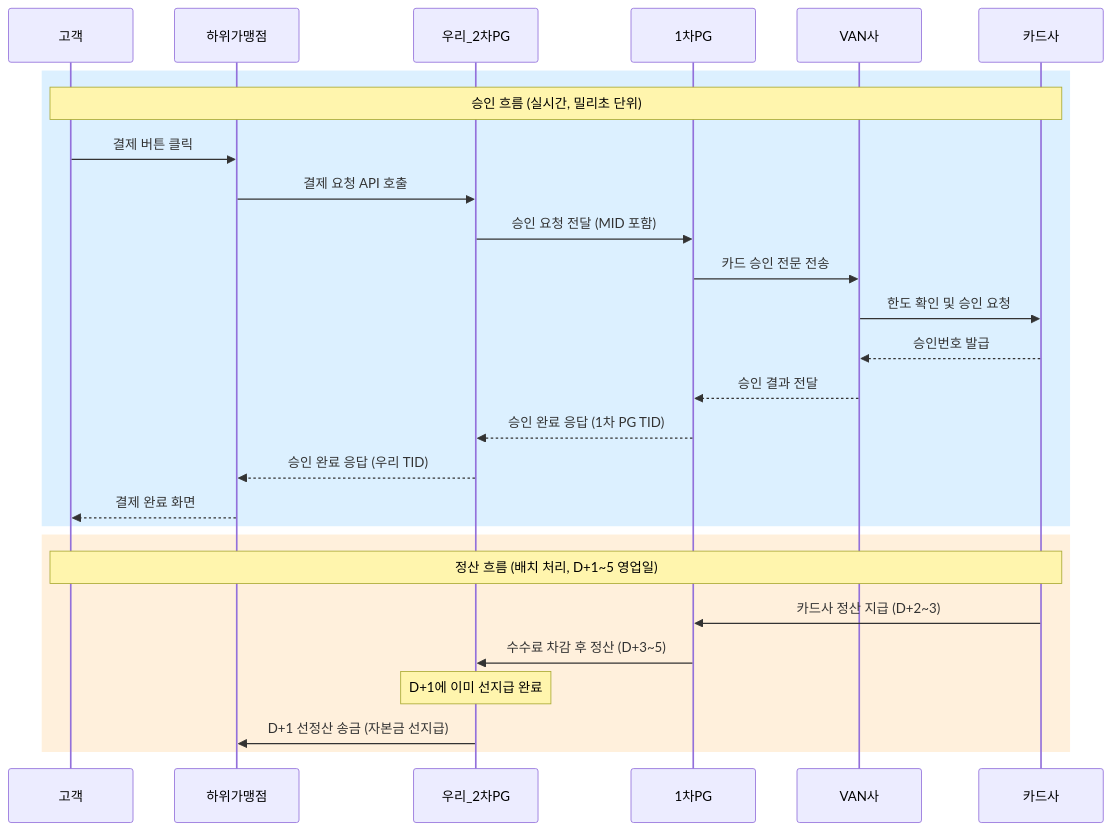
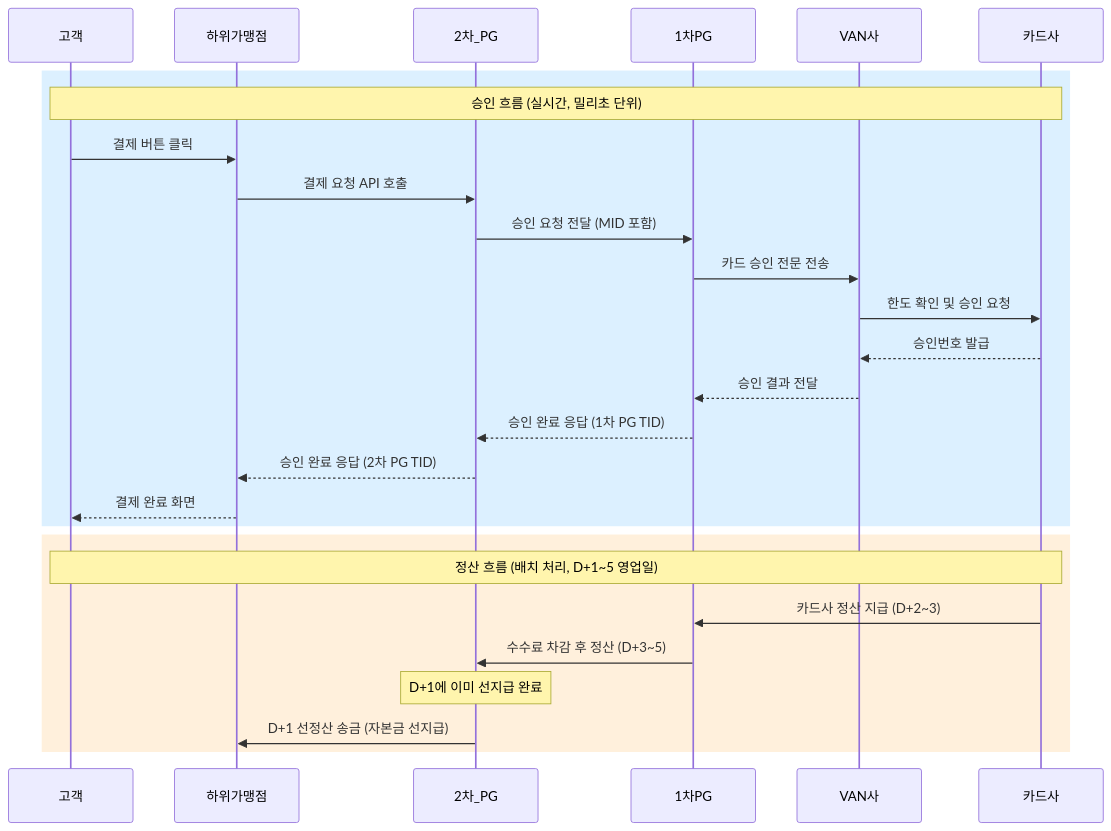
One commit to sweetpark/sweetpark.github.io changed the second of 25 diagrams in content/AI 도구/PG 교육자료/[AI] 2차 PG 백엔드 개발자 교육 문서 - 핵심 개념 및 특징 정리.md. Above: the diagram before and after it, drawn with Mermaid. The commit also changed other lines of this file and 40 other files, not shown here.

````diff
--- a/content/AI 도구/PG 교육자료/[AI] 2차 PG 백엔드 개발자 교육 문서 - 핵심 개념 및 특징 정리.md
+++ b/content/AI 도구/PG 교육자료/[AI] 2차 PG 백엔드 개발자 교육 문서 - 핵심 개념 및 특징 정리.md
@@ -128,31 +128,31 @@
 ```mermaid
 sequenceDiagram
     participant 고객
     participant 하위가맹점
-    participant 우리_2차PG
+    participant 2차_PG
     participant 1차PG
     participant VAN사
     participant 카드사
 
     rect rgb(220, 240, 255)
         Note over 고객,카드사: 승인 흐름 (실시간, 밀리초 단위)
         고객->>하위가맹점: 결제 버튼 클릭
-        하위가맹점->>우리_2차PG: 결제 요청 API 호출
-        우리_2차PG->>1차PG: 승인 요청 전달 (MID 포함)
+        하위가맹점->>2차_PG: 결제 요청 API 호출
+        2차_PG->>1차PG: 승인 요청 전달 (MID 포함)
         1차PG->>VAN사: 카드 승인 전문 전송
         VAN사->>카드사: 한도 확인 및 승인 요청
         카드사-->>VAN사: 승인번호 발급
         VAN사-->>1차PG: 승인 결과 전달
-        1차PG-->>우리_2차PG: 승인 완료 응답 (1차 PG TID)
-        우리_2차PG-->>하위가맹점: 승인 완료 응답 (우리 TID)
+        1차PG-->>2차_PG: 승인 완료 응답 (1차 PG TID)
+        2차_PG-->>하위가맹점: 승인 완료 응답 (2차 PG TID)
         하위가맹점-->>고객: 결제 완료 화면
     end
 
     rect rgb(255, 240, 220)
         Note over 고객,카드사: 정산 흐름 (배치 처리, D+1~5 영업일)
         카드사->>1차PG: 카드사 정산 지급 (D+2~3)
-        1차PG->>우리_2차PG: 수수료 차감 후 정산 (D+3~5)
-        Note over 우리_2차PG: D+1에 이미 선지급 완료
-        우리_2차PG->>하위가맹점: D+1 선정산 송금 (자본금 선지급)
+        1차PG->>2차_PG: 수수료 차감 후 정산 (D+3~5)
+        Note over 2차_PG: D+1에 이미 선지급 완료
+        2차_PG->>하위가맹점: D+1 선정산 송금 (자본금 선지급)
     end
 ```
````
